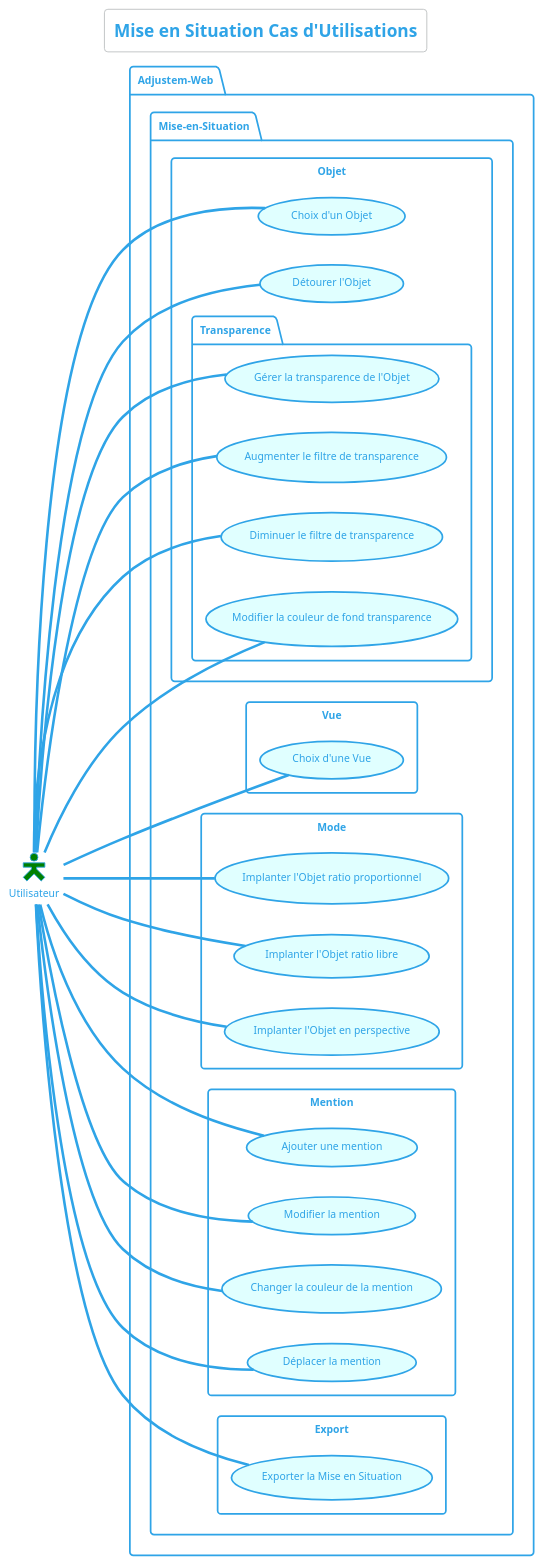
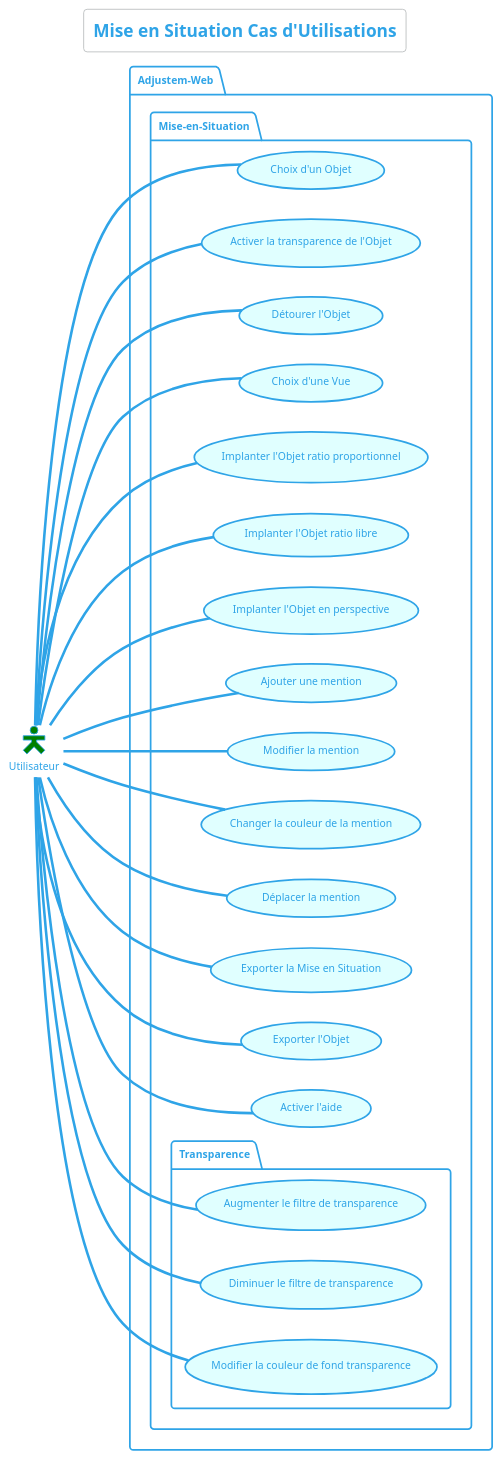
One commit to RegameyManuel/Rapport_Adjustem changed the diagram in Puml/1_Cas_Utilisations_MeS.puml. Above: the diagram before and after it, drawn with PlantUML. The commit also changed 13 other files, not shown here.

```diff
--- a/Puml/1_Cas_Utilisations_MeS.puml
+++ b/Puml/1_Cas_Utilisations_MeS.puml
@@ -1,59 +1,60 @@
 @startuml Mise en Situation Cas d'Utilisations
 !theme cerulean-outline
 skinparam actorStyle hollow
 left to right direction
 title Mise en Situation Cas d'Utilisations
 
 :Utilisateur: as u #green
 
 package Adjustem-Web {
     package Mise-en-Situation {
-        rectangle Objet {
-            usecase "Choix d'un Objet" as UC1 #LightCyan
 
-            package Transparence {
-                usecase "Gérer la transparence de l'Objet" as UC2 #LightCyan
-                usecase "Augmenter le filtre de transparence" as UC3 #LightCyan
-                usecase "Diminuer le filtre de transparence" as UC4 #LightCyan
-                usecase "Modifier la couleur de fond transparence" as UC5 #LightCyan
-            }
+        usecase "Choix d'un Objet" as UC1 #LightCyan
+        usecase "Activer la transparence de l'Objet" as UC2 #LightCyan
+        package Transparence {
 
-            usecase "Détourer l'Objet" as UC6 #LightCyan
+            usecase "Augmenter le filtre de transparence" as UC3 #LightCyan
+            usecase "Diminuer le filtre de transparence" as UC4 #LightCyan
+            usecase "Modifier la couleur de fond transparence" as UC5 #LightCyan
         }
-        rectangle Vue {
-            usecase "Choix d'une Vue" as UC7 #LightCyan
-        }
-        rectangle Mode {
-            usecase "Implanter l'Objet ratio proportionnel" as UC8 #LightCyan
-            usecase "Implanter l'Objet ratio libre" as UC9 #LightCyan
-            usecase "Implanter l'Objet en perspective" as UC10 #LightCyan
-        }
-        rectangle Mention {
-            usecase "Ajouter une mention" as UC11 #LightCyan
-            usecase "Modifier la mention" as UC12 #LightCyan
-            usecase "Changer la couleur de la mention" as UC13 #LightCyan
-            usecase "Déplacer la mention" as UC14 #LightCyan
-        }
-        rectangle Export {
-            usecase "Exporter la Mise en Situation" as UC15 #LightCyan
-        }
+
+        usecase "Détourer l'Objet" as UC6 #LightCyan
+
+        usecase "Choix d'une Vue" as UC7 #LightCyan
+
+        usecase "Implanter l'Objet ratio proportionnel" as UC8 #LightCyan
+        usecase "Implanter l'Objet ratio libre" as UC9 #LightCyan
+        usecase "Implanter l'Objet en perspective" as UC10 #LightCyan
+
+        usecase "Ajouter une mention" as UC11 #LightCyan
+        usecase "Modifier la mention" as UC12 #LightCyan
+        usecase "Changer la couleur de la mention" as UC13 #LightCyan
+        usecase "Déplacer la mention" as UC14 #LightCyan
+
+        usecase "Exporter la Mise en Situation" as UC15 #LightCyan
+
+        usecase "Exporter l'Objet" as UC16 #LightCyan
+        usecase "Activer l'aide" as UC17 #LightCyan
+
     }
 }
 
 u --- UC1
 u --- UC2
 u --- UC3
 u --- UC4
 u --- UC5
 u --- UC6
 u --- UC7
 u --- UC8
 u --- UC9
 u --- UC10
 u --- UC11
 u --- UC12
 u --- UC13
 u --- UC14
 u --- UC15
+u --- UC16
+u --- UC17
 
 @enduml
```
